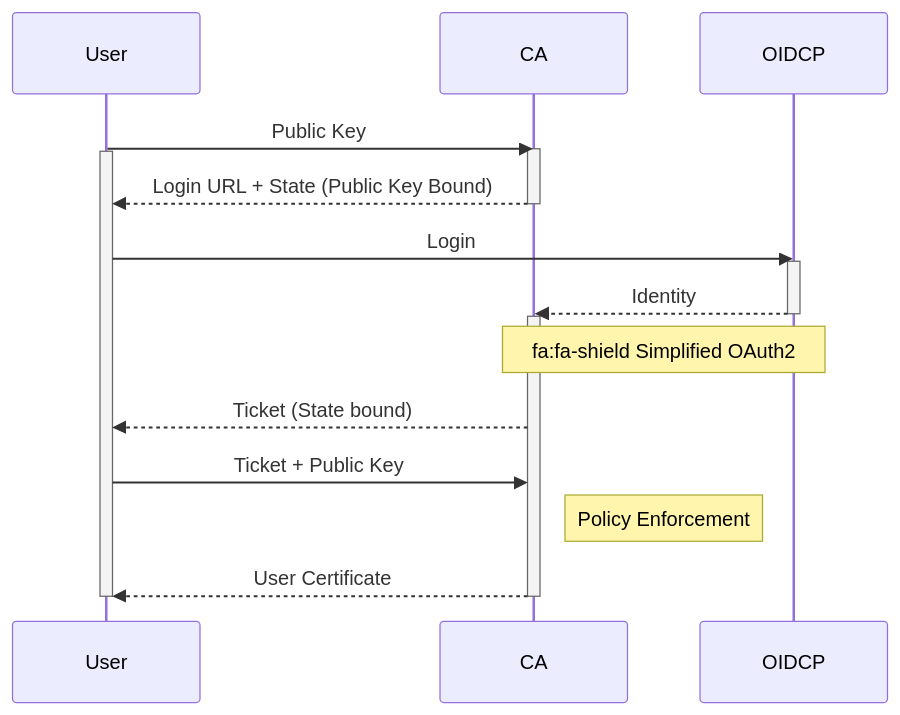
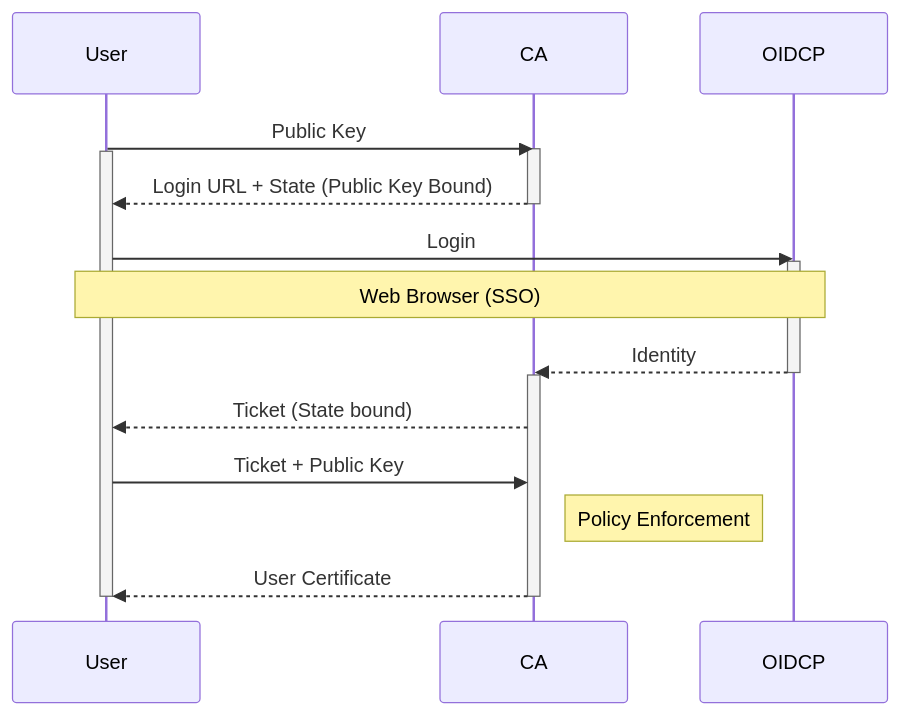
Before and after one commit to pgstenberg/pac-ssh-ca: the second of 2 diagrams in README.md, drawn with Mermaid. The commit also changed other lines of this file and 3 other files, not shown here.

````diff
--- a/README.md
+++ b/README.md
@@ -31,24 +31,24 @@
 ```mermaid
 sequenceDiagram
     participant User
     participant CA
     participant OIDCP
 
     User->>CA: Public Key
     activate CA
     activate User
     CA-->>User: Login URL + State (Public Key Bound)
     deactivate CA
     User->>OIDCP: Login
     activate OIDCP
+    Note over User,OIDCP: Web Browser (SSO)
     OIDCP-->>CA: Identity
     deactivate OIDCP
     activate CA
-    Note over OIDCP,CA: fa:fa-shield Simplified OAuth2
     CA-->>User: Ticket (State bound)
     User->>CA: Ticket + Public Key
     Note right of CA: Policy Enforcement
     CA-->>User: User Certificate
     deactivate CA
     deactivate User
 ```
````
